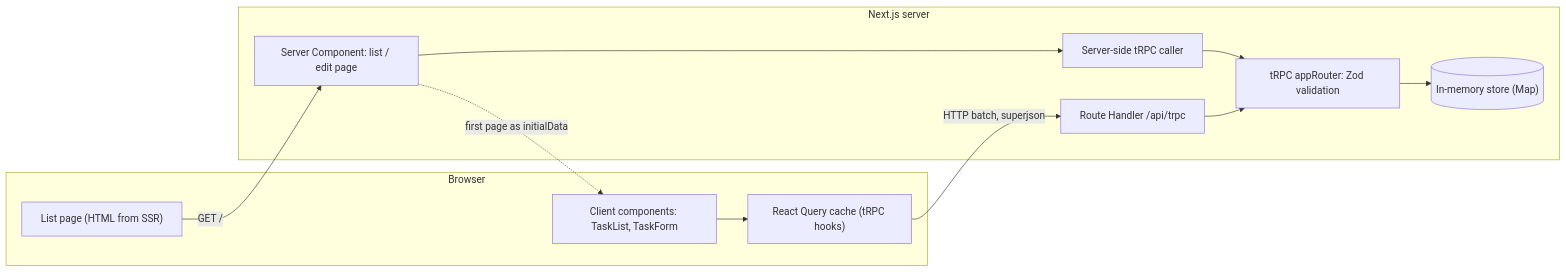
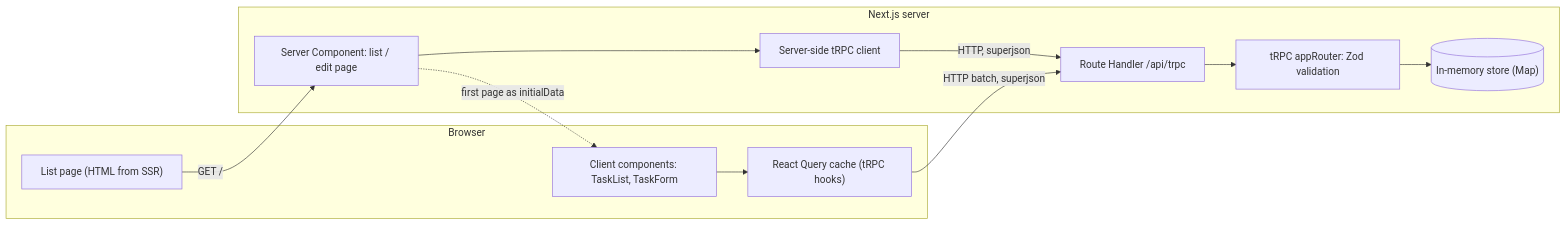
One commit to amanda-natallie/task-manager-trpc changed the diagram in README.md. Above: the diagram before and after it, drawn with Mermaid. The commit also changed other lines of this file and 6 other files, not shown here.

````diff
--- a/README.md
+++ b/README.md
@@ -58,20 +58,20 @@
 ```mermaid
 flowchart LR
   subgraph Browser
     page["List page (HTML from SSR)"]
     cc["Client components: TaskList, TaskForm"]
     rq["React Query cache (tRPC hooks)"]
   end
   subgraph Server["Next.js server"]
     rsc["Server Component: list / edit page"]
-    caller["Server-side tRPC caller"]
+    sclient["Server-side tRPC client"]
     api["Route Handler /api/trpc"]
     router["tRPC appRouter: Zod validation"]
     store[("In-memory store (Map)")]
   end
   page -- "GET /" --> rsc
-  rsc --> caller --> router
+  rsc --> sclient -- "HTTP, superjson" --> api
   cc --> rq -- "HTTP batch, superjson" --> api --> router
   router --> store
   rsc -. "first page as initialData" .-> cc
 ```
````
